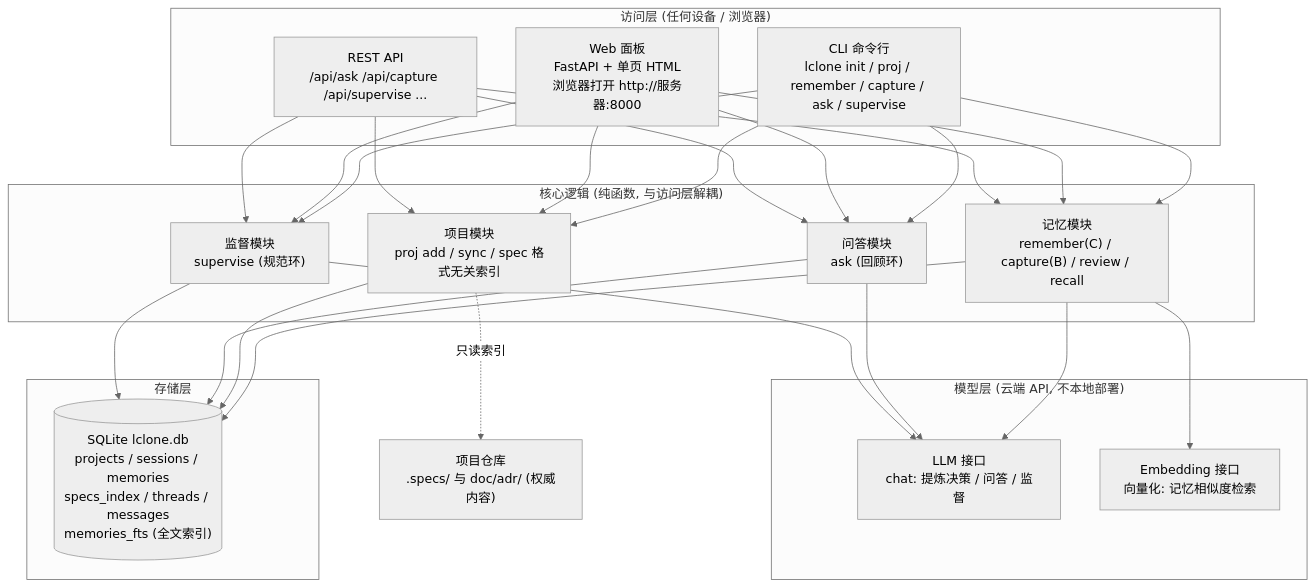
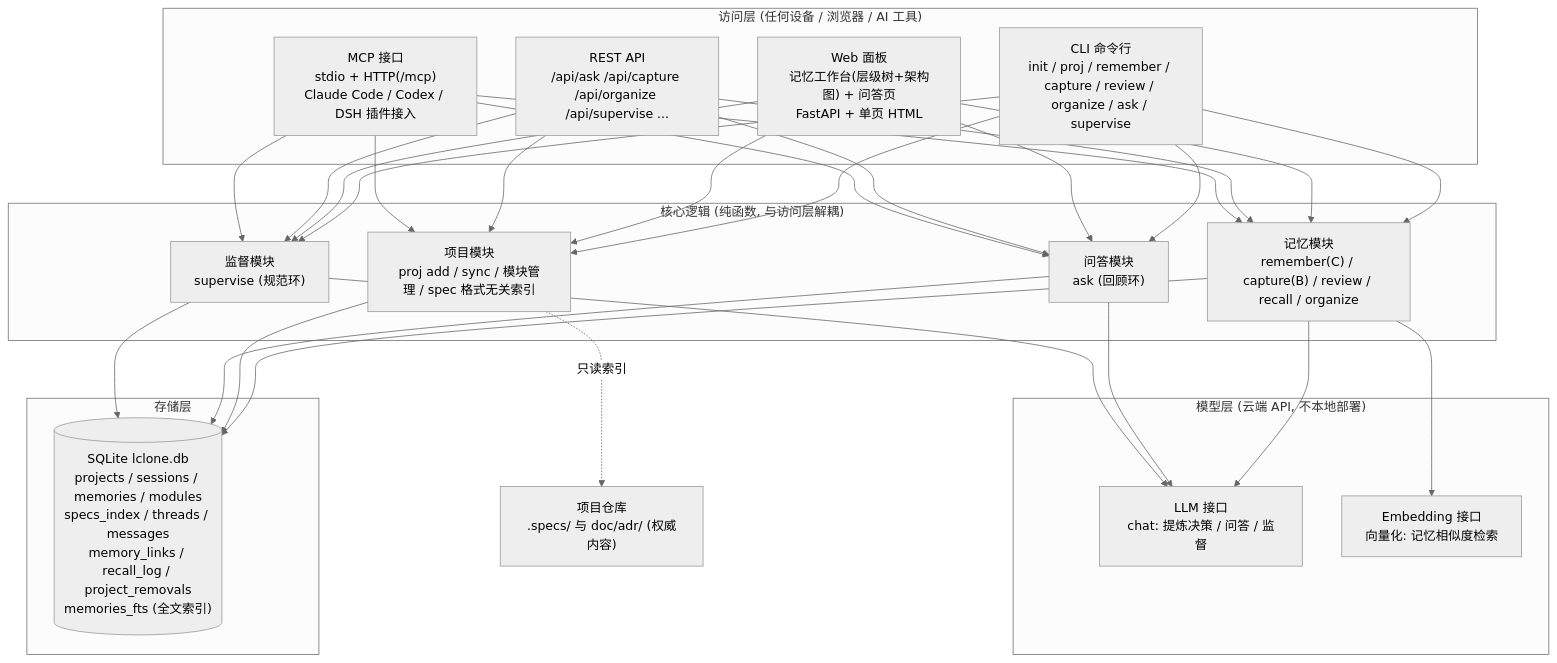
One commit to ljzRober/L-clone changed the first of 6 diagrams in docs/ARCHITECTURE.md. Above: the diagram before and after it, drawn with Mermaid (neutral theme). The commit also changed other lines of this file and 16 other files, not shown here.

````diff
--- a/docs/ARCHITECTURE.md
+++ b/docs/ARCHITECTURE.md
@@ -9,46 +9,51 @@
 ```mermaid
 flowchart TB
-    subgraph 访问层["访问层 (任何设备 / 浏览器)"]
-        CLI["CLI 命令行<br/>lclone init / proj / remember / capture / ask / supervise"]
-        WEB["Web 面板<br/>FastAPI + 单页 HTML<br/>浏览器打开 http://服务器:8000"]
-        API["REST API<br/>/api/ask /api/capture /api/supervise ..."]
+    subgraph 访问层["访问层 (任何设备 / 浏览器 / AI 工具)"]
+        CLI["CLI 命令行<br/>init / proj / remember / capture / review / organize / ask / supervise"]
+        WEB["Web 面板<br/>记忆工作台(层级树+架构图) + 问答页<br/>FastAPI + 单页 HTML"]
+        API["REST API<br/>/api/ask /api/capture /api/organize /api/supervise ..."]
+        MCP["MCP 接口<br/>stdio + HTTP(/mcp)<br/>Claude Code / Codex / DSH 插件接入"]
     end
 
     subgraph 核心逻辑["核心逻辑 (纯函数, 与访问层解耦)"]
-        MEM["记忆模块<br/>remember(C) / capture(B) / review / recall"]
-        PROJ["项目模块<br/>proj add / sync / spec 格式无关索引"]
+        MEM["记忆模块<br/>remember(C) / capture(B) / review / recall / organize"]
+        PROJ["项目模块<br/>proj add / sync / 模块管理 / spec 格式无关索引"]
         CHAT["问答模块<br/>ask (回顾环)"]
         SUPE["监督模块<br/>supervise (规范环)"]
     end
 
     subgraph 存储层["存储层"]
-        DB[("SQLite lclone.db<br/>projects / sessions / memories<br/>specs_index / threads / messages<br/>memories_fts (全文索引)")]
+        DB[("SQLite lclone.db<br/>projects / sessions / memories / modules<br/>specs_index / threads / messages<br/>memory_links / recall_log / project_removals<br/>memories_fts (全文索引)")]
     end
 
     subgraph 模型层["模型层 (云端 API, 不本地部署)"]
         LLM["LLM 接口<br/>chat: 提炼决策 / 问答 / 监督"]
         EMB["Embedding 接口<br/>向量化: 记忆相似度检索"]
     end
 
     CLI --> MEM
     CLI --> PROJ
     CLI --> CHAT
     CLI --> SUPE
     WEB --> MEM
     WEB --> PROJ
     WEB --> CHAT
     WEB --> SUPE
     API --> MEM
     API --> PROJ
     API --> CHAT
     API --> SUPE
+    MCP --> MEM
+    MCP --> PROJ
+    MCP --> CHAT
+    MCP --> SUPE
     MEM --> DB
     PROJ --> DB
     CHAT --> DB
     SUPE --> DB
     PROJ -. 只读索引 .-> REPO["项目仓库<br/>.specs/ 与 doc/adr/ (权威内容)"]
     MEM --> EMB
     MEM --> LLM
     CHAT --> LLM
     SUPE --> LLM
 ```
````
